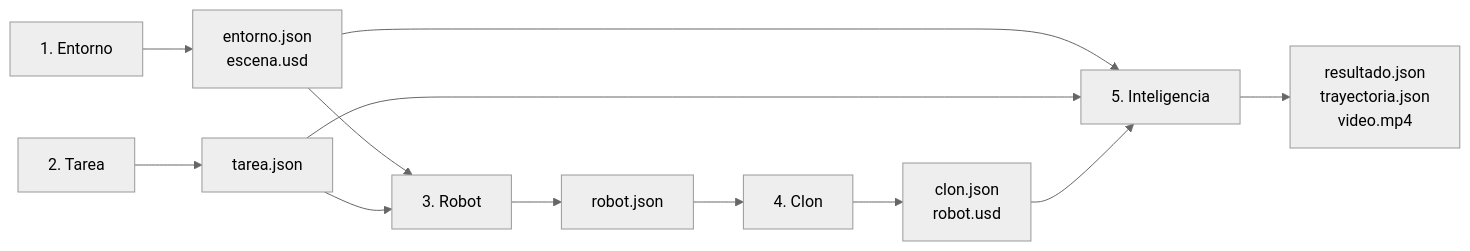
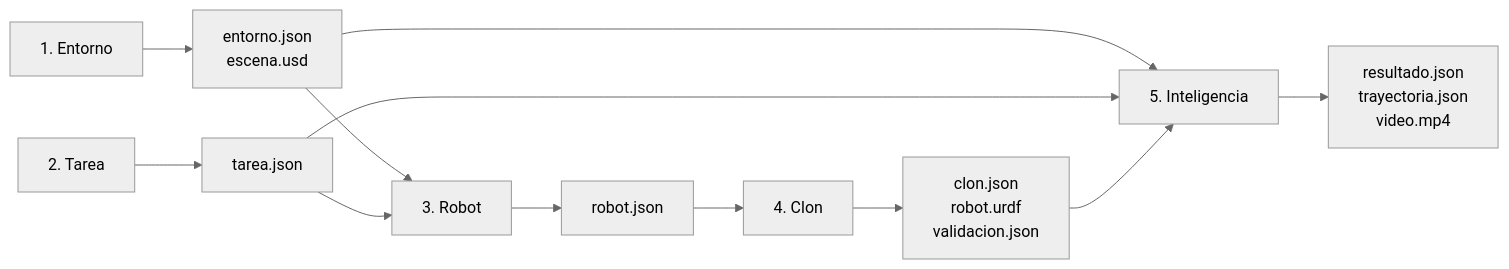
The diagram in docs/contrato-datos.md (platanus-hack/platanus-hack-26-cl-team-4), drawn with Mermaid (neutral theme) before and after one commit. The commit also changed other lines of this file and 52 other files, not shown here.

````diff
--- a/docs/contrato-datos.md
+++ b/docs/contrato-datos.md
@@ -6,8 +7,8 @@
 ```mermaid
 flowchart LR
   E[1. Entorno] --> EJ[entorno.json<br/>escena.usd]
   T[2. Tarea] --> TJ[tarea.json]
   EJ & TJ --> R[3. Robot] --> RJ[robot.json]
-  RJ --> C[4. Clon] --> CJ[clon.json<br/>robot.usd]
+  RJ --> C[4. Clon] --> CJ[clon.json<br/>robot.urdf<br/>validacion.json]
   EJ & TJ & CJ --> I[5. Inteligencia] --> IJ[resultado.json<br/>trayectoria.json<br/>video.mp4]
 ```
````
